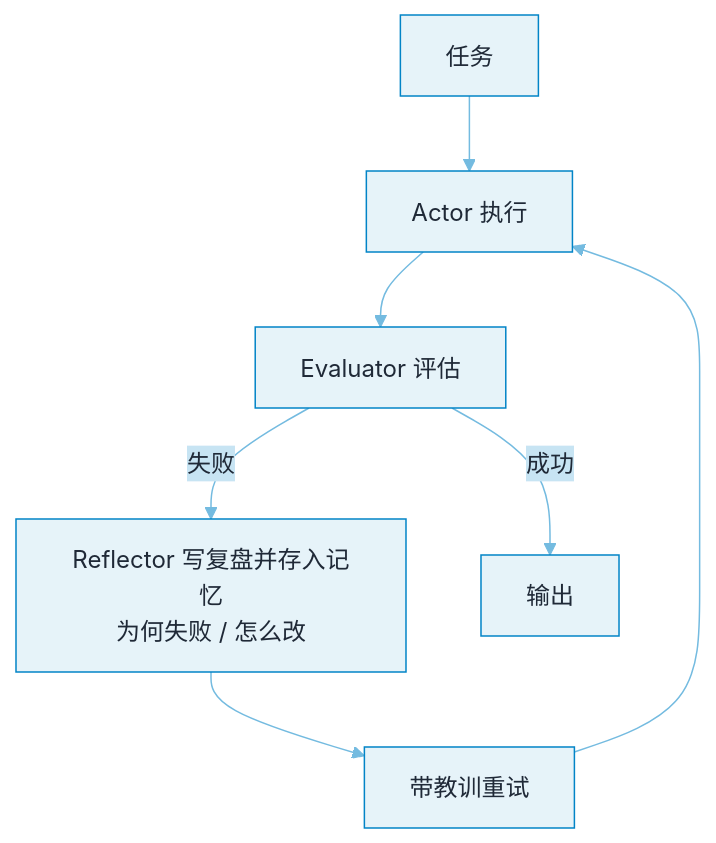
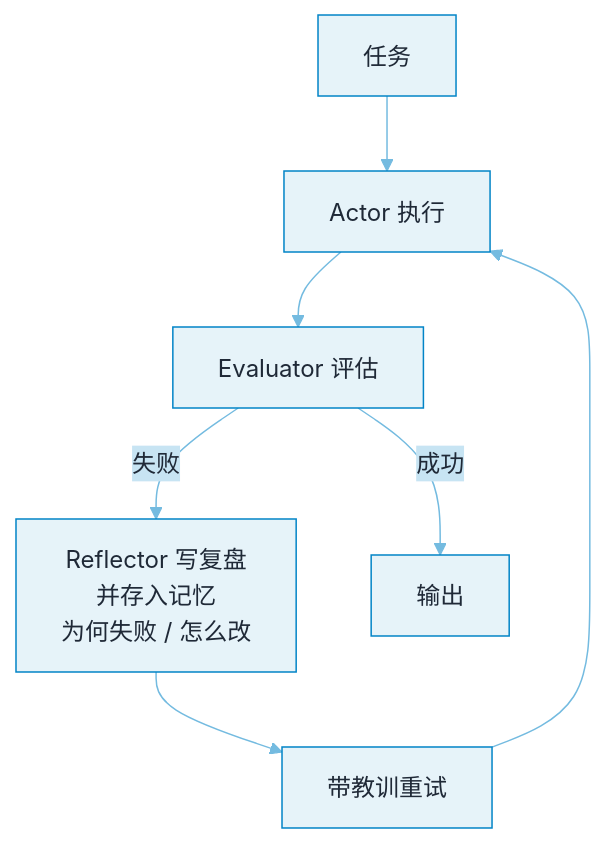
The diagram in docs/04-prompt-reasoning/reflexion.md (funny8kids/ai-agent-handbook), drawn with Mermaid before and after one commit. The commit also changed 7 other files, not shown here.

````diff
--- a/docs/04-prompt-reasoning/reflexion.md
+++ b/docs/04-prompt-reasoning/reflexion.md
@@ -44,10 +44,10 @@
 ```mermaid
 %%{init: {"theme":"base","themeVariables":{"primaryColor":"#E6F3F9","primaryBorderColor":"#0284C7","primaryTextColor":"#1F2937","secondaryColor":"#C7E4F3","tertiaryColor":"#F5FAFD","lineColor":"#74BBE0","actorBkg":"#EBF5FB","actorBorder":"#0284C7","actorTextColor":"#1F2937","signalColor":"#4EA9D8","noteBkgColor":"#D1E9F5","noteBorderColor":"#0284C7","noteTextColor":"#1F2937","labelBoxBkgColor":"#E6F3F9","labelBoxBorderColor":"#0284C7"}}}%%
 flowchart TB
   A[任务] --> B["Actor 执行"]
   B --> C["Evaluator 评估"]
-  C -- 失败 --> D["Reflector 写复盘并存入记忆<br/>为何失败 / 怎么改"]
+  C -- 失败 --> D["Reflector 写复盘<br/>并存入记忆<br/>为何失败 / 怎么改"]
   D --> E[带教训重试]
   E --> B
   C -- 成功 --> F[输出]
 ```
````
